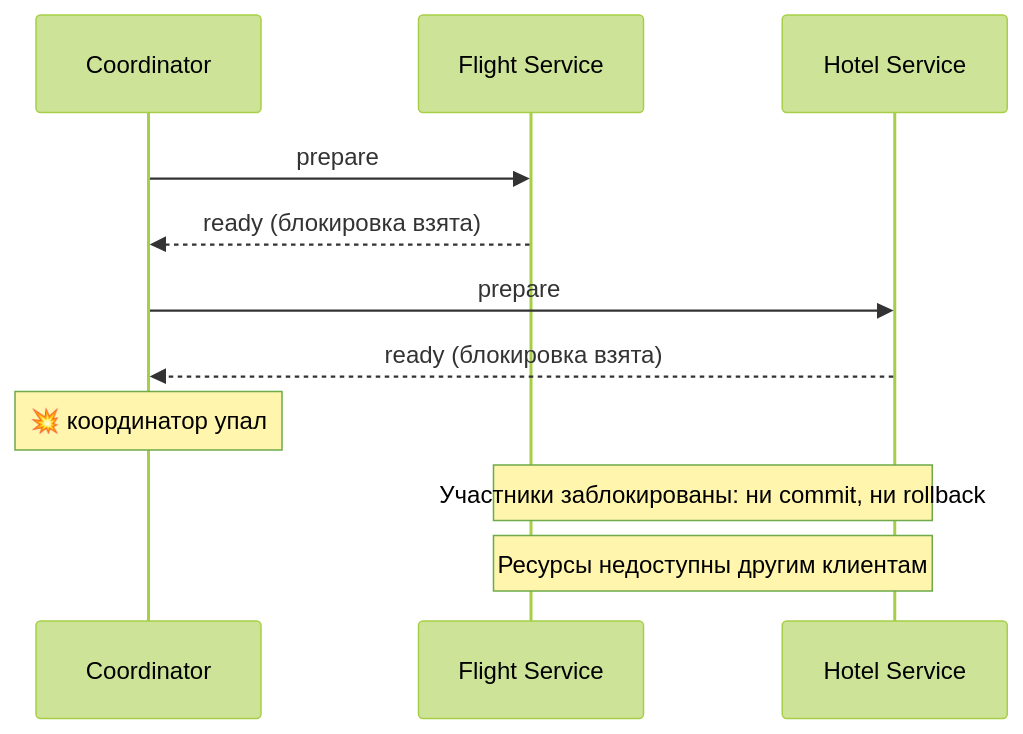
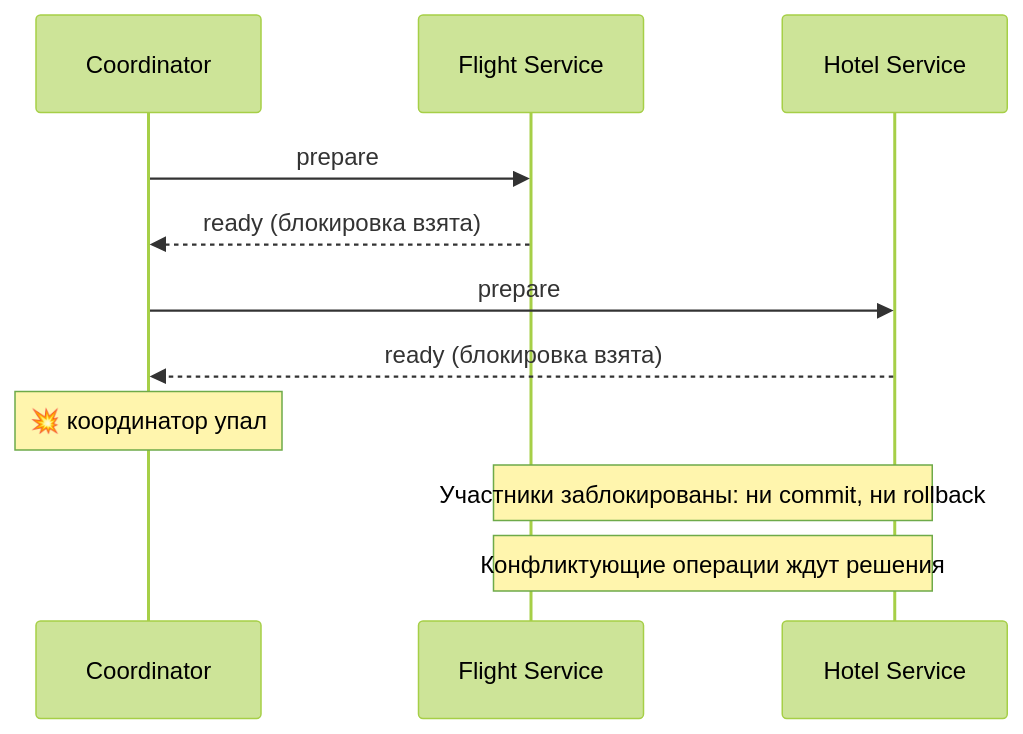
Before and after one commit to Kert0n/KPO: diagram 11 of 15 in content/lectures/Lec12/vitepress.md, drawn with Mermaid (forest theme). The commit also changed other lines of this file, not shown here.

````diff
--- a/content/lectures/Lec12/vitepress.md
+++ b/content/lectures/Lec12/vitepress.md
@@ -874,14 +680,14 @@
 ```mermaid
 sequenceDiagram
     participant C as Coordinator
     participant F as Flight Service
     participant H as Hotel Service
 
     C->>F: prepare
     F-->>C: ready (блокировка взята)
     C->>H: prepare
     H-->>C: ready (блокировка взята)
     Note over C: 💥 координатор упал
     Note over F,H: Участники заблокированы: ни commit, ни rollback
-    Note over F,H: Ресурсы недоступны другим клиентам
+    Note over F,H: Конфликтующие операции ждут решения
 ```
````
